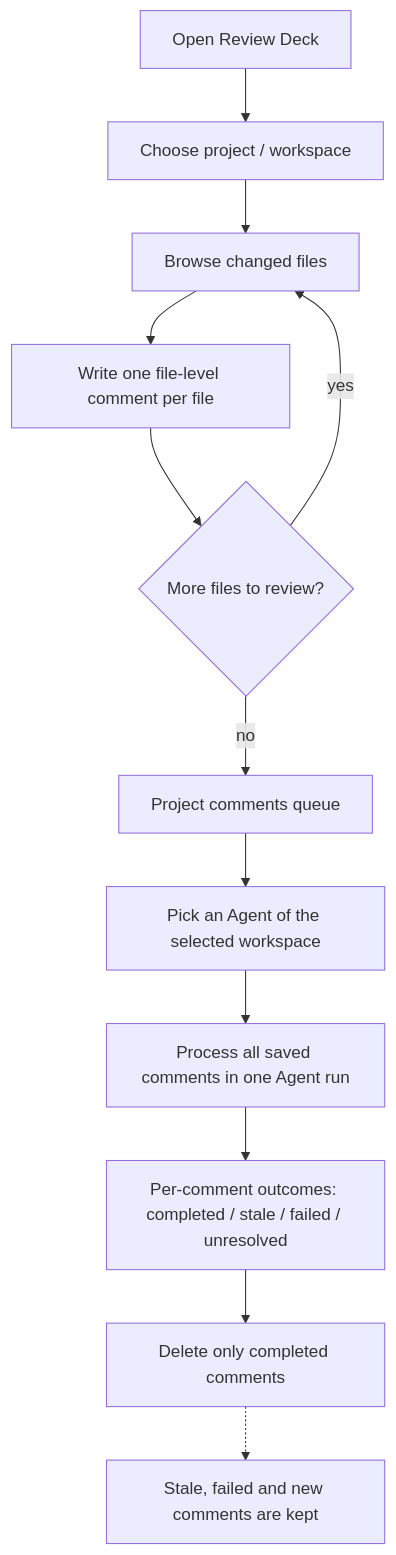
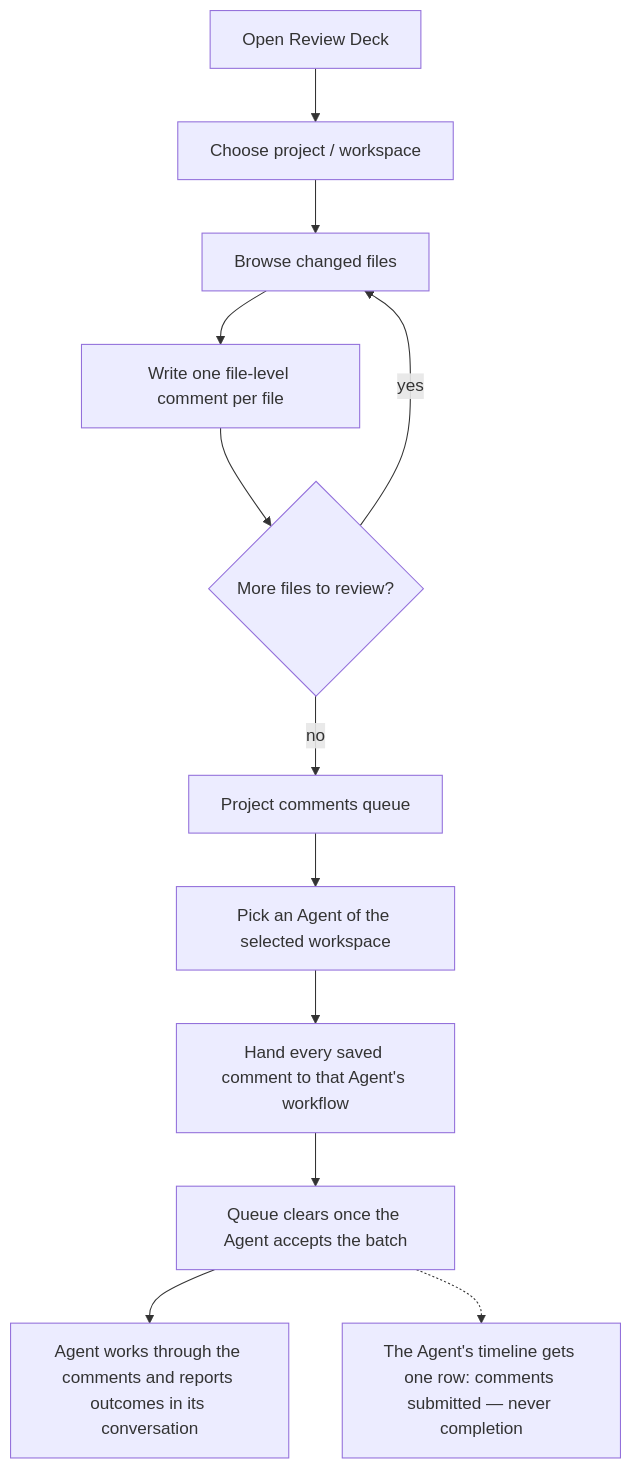
The first of 2 diagrams in README.md (mentalfl0w/review-deck), drawn with Mermaid before and after one commit. The commit also changed other lines of this file and 5 other files, not shown here.

````diff
--- a/README.md
+++ b/README.md
@@ -32,14 +35,14 @@
 ```mermaid
 flowchart TB
     A[Open Review Deck] --> B[Choose project / workspace]
     B --> C[Browse changed files]
     C --> D[Write one file-level comment per file]
     D --> E{More files to review?}
     E -- yes --> C
     E -- no --> F[Project comments queue]
     F --> G[Pick an Agent of the selected workspace]
-    G --> H[Process all saved comments in one Agent run]
-    H --> I[Per-comment outcomes: completed / stale / failed / unresolved]
-    I --> J[Delete only completed comments]
-    J -.-> K[Stale, failed and new comments are kept]
+    G --> H[Hand every saved comment to that Agent's workflow]
+    H --> I[Queue clears once the Agent accepts the batch]
+    I --> J[Agent works through the comments and reports outcomes in its conversation]
+    I -.-> K[The Agent's timeline gets one row: comments submitted — never completion]
 ```
````
